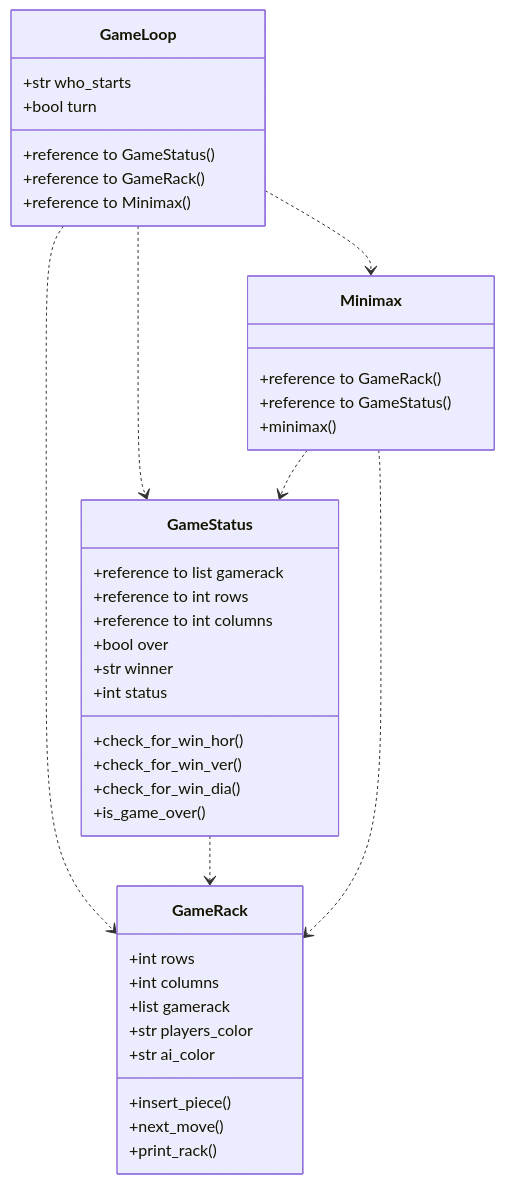
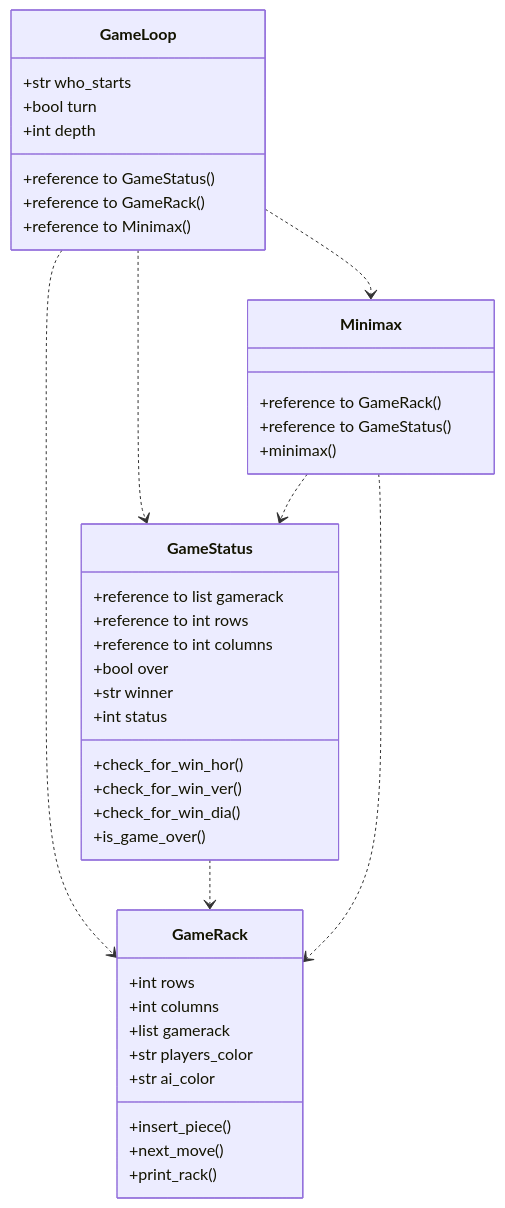
One commit to lottapispa/Connect-Four-tiralabra changed the diagram in documentation/implementation.md. Above: the diagram before and after it, drawn with Mermaid.

````diff
--- a/documentation/implementation.md
+++ b/documentation/implementation.md
@@ -4,43 +4,44 @@
 ```mermaid
 classDiagram
     GameLoop ..> GameStatus
     GameLoop ..> GameRack
     GameLoop ..> Minimax
     GameStatus ..> GameRack
     Minimax ..> GameStatus
     Minimax ..> GameRack
     class GameLoop{
         +reference to GameStatus()
         +reference to GameRack()
         +reference to Minimax()
         +str who_starts
         +bool turn
+        +int depth
     }
     class GameStatus{
         +reference to list gamerack
         +reference to int rows
         +reference to int columns
         +bool over
         +str winner
         +int status
         +check_for_win_hor()
         +check_for_win_ver()
         +check_for_win_dia()
         +is_game_over()
     }
     class GameRack{
         +int rows
         +int columns
         +list gamerack
         +str players_color
         +str ai_color
         +insert_piece()
         +next_move()
         +print_rack()
     }
     class Minimax{
         +reference to GameRack()
         +reference to GameStatus()
         +minimax()
     }
 ```
````
